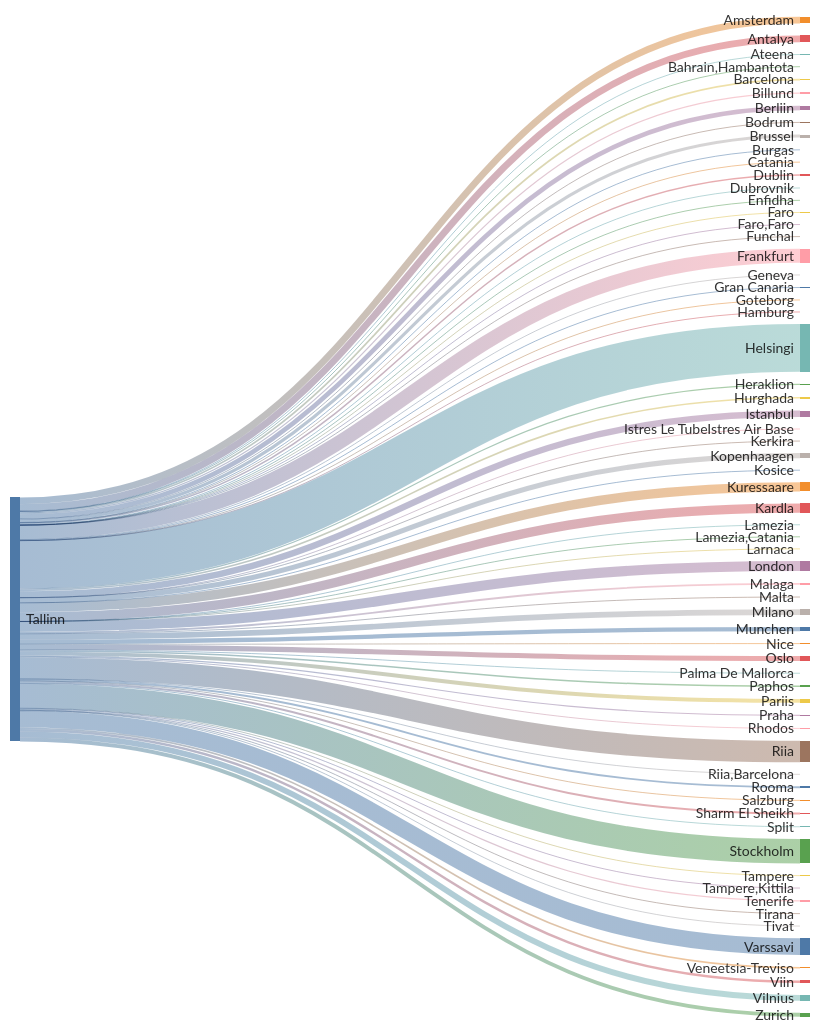
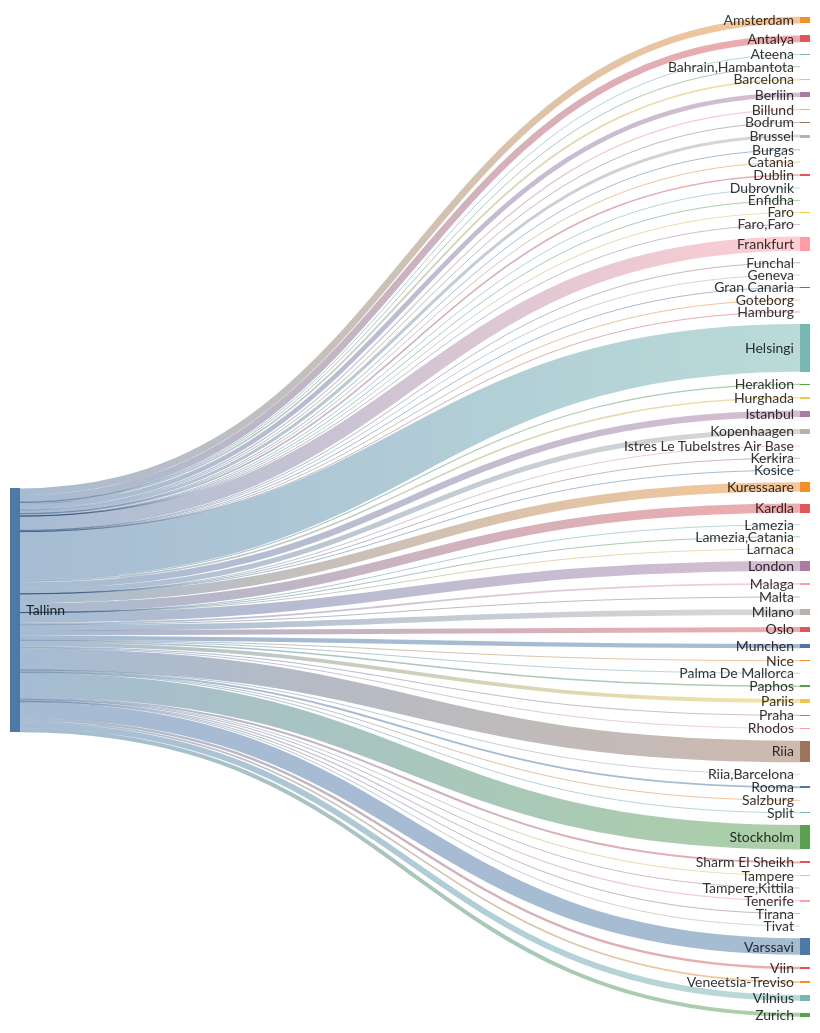
The second of 2 diagrams in README.md (rainermesi/tll-airport-departures), drawn with Mermaid before and after one commit. The commit also changed other lines of this file, not shown here.

````diff
--- a/README.md
+++ b/README.md
@@ -34,77 +34,77 @@
 ```mermaid
 ---
 config:
   sankey:
     showValues: false
     width: 800
     height: 1000
 ---
 sankey-beta
 %% source,target,value
-Tallinn,Amsterdam,273
-Tallinn,Antalya,275
+Tallinn,Amsterdam,275
+Tallinn,Antalya,276
 Tallinn,Ateena,16
 Tallinn,"Bahrain,Hambantota",1
-Tallinn,Barcelona,69
-Tallinn,Berliin,187
+Tallinn,Barcelona,70
+Tallinn,Berliin,188
 Tallinn,Billund,49
 Tallinn,Bodrum,11
-Tallinn,Brussel,123
+Tallinn,Brussel,124
 Tallinn,Burgas,21
 Tallinn,Catania,2
-Tallinn,Dublin,63
+Tallinn,Dublin,64
 Tallinn,Dubrovnik,21
 Tallinn,Enfidha,7
 Tallinn,Faro,4
 Tallinn,"Faro,Faro",1
-Tallinn,Frankfurt,572
+Tallinn,Frankfurt,575
 Tallinn,Funchal,5
 Tallinn,Geneva,11
 Tallinn,Gran Canaria,34
 Tallinn,Goteborg,1
 Tallinn,Hamburg,1
-Tallinn,Helsingi,1933
+Tallinn,Helsingi,1942
 Tallinn,Heraklion,46
-Tallinn,Hurghada,64
-Tallinn,Istanbul,258
+Tallinn,Hurghada,65
+Tallinn,Istanbul,260
 Tallinn,Istres Le TubeIstres Air Base,2
 Tallinn,Kerkira,4
-Tallinn,Kopenhaagen,204
+Tallinn,Kopenhaagen,205
 Tallinn,Kosice,1
-Tallinn,Kuressaare,375
-Tallinn,Kardla,375
+Tallinn,Kuressaare,377
+Tallinn,Kardla,377
 Tallinn,Lamezia,1
 Tallinn,"Lamezia,Catania",3
 Tallinn,Larnaca,4
-Tallinn,London,405
+Tallinn,London,406
 Tallinn,Malaga,75
 Tallinn,Malta,15
-Tallinn,Milano,230
+Tallinn,Milano,231
 Tallinn,Munchen,177
 Tallinn,Nice,25
-Tallinn,Oslo,206
+Tallinn,Oslo,207
 Tallinn,Palma De Mallorca,19
-Tallinn,Paphos,61
-Tallinn,Pariis,154
+Tallinn,Paphos,62
+Tallinn,Pariis,155
 Tallinn,Praha,49
 Tallinn,Rhodos,32
-Tallinn,Riia,868
+Tallinn,Riia,872
 Tallinn,"Riia,Barcelona",1
 Tallinn,Rooma,76
 Tallinn,Salzburg,12
-Tallinn,Sharm El Sheikh,79
+Tallinn,Sharm El Sheikh,80
 Tallinn,Split,25
-Tallinn,Stockholm,983
+Tallinn,Stockholm,988
 Tallinn,Tampere,17
 Tallinn,"Tampere,Kittila",17
-Tallinn,Tenerife,51
+Tallinn,Tenerife,52
 Tallinn,Tirana,8
 Tallinn,Tivat,26
-Tallinn,Varssavi,667
+Tallinn,Varssavi,670
 Tallinn,Veneetsia-Treviso,63
-Tallinn,Viin,99
-Tallinn,Vilnius,237
-Tallinn,Zurich,159
+Tallinn,Viin,100
+Tallinn,Vilnius,238
+Tallinn,Zurich,160
 
 
 ```
````
